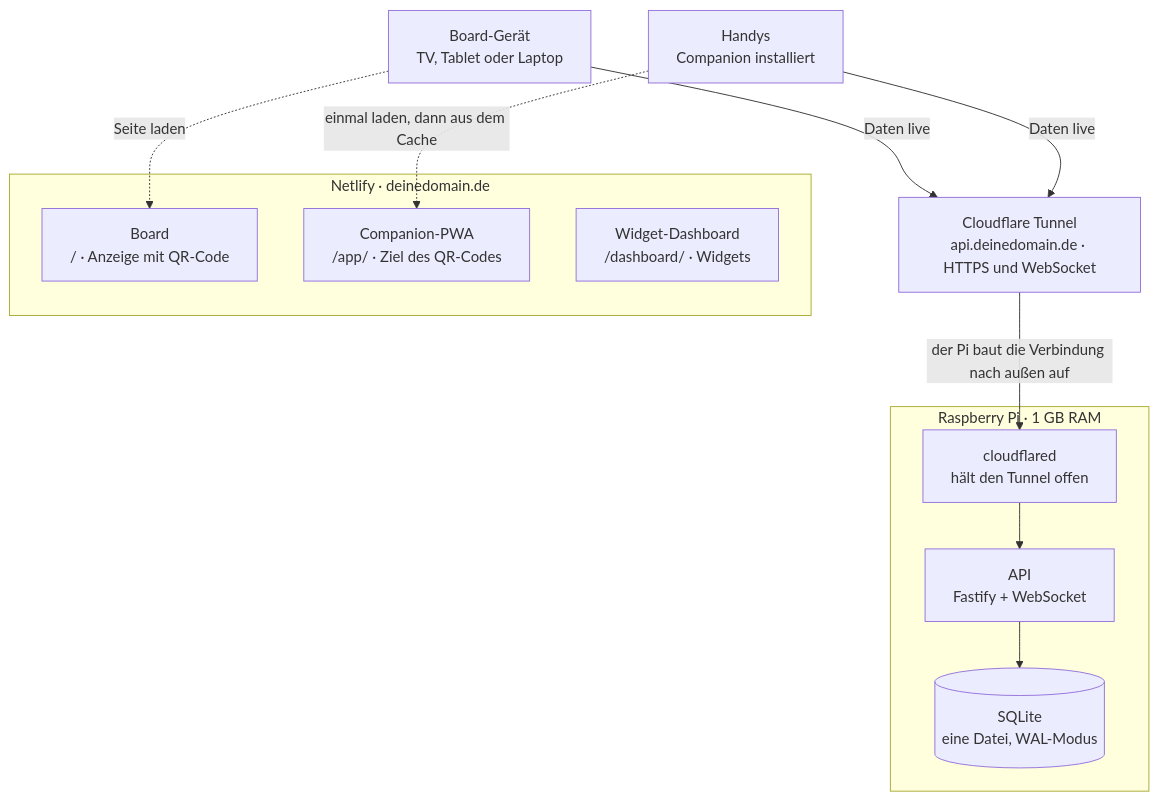
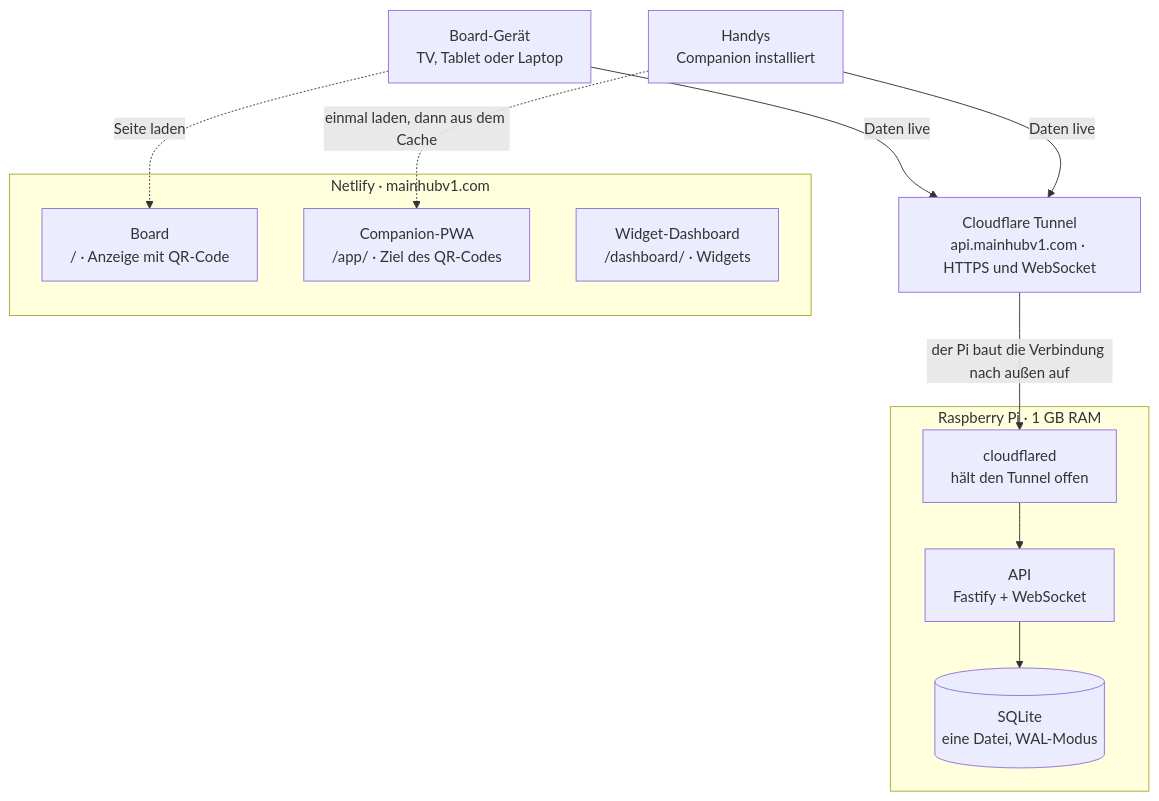
One commit to cloud7too9/Companion-Board changed the diagram in planung/UMBAUPLAN.md. Above: the diagram before and after it, drawn with Mermaid. The commit also changed other lines of this file and 12 other files, not shown here.

First line of the commit message:
Domain mainhubv1.com statt Platzhalter in Anleitung, Umbauplan und Pi-Vorlagen (Max, 13.10.)

````diff
--- a/planung/UMBAUPLAN.md
+++ b/planung/UMBAUPLAN.md
@@ -11,22 +11,22 @@
 ```mermaid
 flowchart TB
-  subgraph netlify["Netlify · deinedomain.de"]
+  subgraph netlify["Netlify · mainhubv1.com"]
     board["Board<br/>/ · Anzeige mit QR-Code"]
     companion["Companion-PWA<br/>/app/ · Ziel des QR-Codes"]
     dashboard["Widget-Dashboard<br/>/dashboard/ · Widgets"]
   end
   boardgeraet["Board-Gerät<br/>TV, Tablet oder Laptop"]
   handys["Handys<br/>Companion installiert"]
-  tunnel["Cloudflare Tunnel<br/>api.deinedomain.de · HTTPS und WebSocket"]
+  tunnel["Cloudflare Tunnel<br/>api.mainhubv1.com · HTTPS und WebSocket"]
   subgraph pi["Raspberry Pi · 1 GB RAM"]
     cloudflared["cloudflared<br/>hält den Tunnel offen"]
     api["API<br/>Fastify + WebSocket"]
     sqlite[("SQLite<br/>eine Datei, WAL-Modus")]
   end
   boardgeraet -. "Seite laden" .-> board
   handys -. "einmal laden, dann aus dem Cache" .-> companion
   boardgeraet -- "Daten live" --> tunnel
   handys -- "Daten live" --> tunnel
   tunnel -- "der Pi baut die Verbindung nach außen auf" --> cloudflared
   cloudflared --> api --> sqlite
 ```
````
